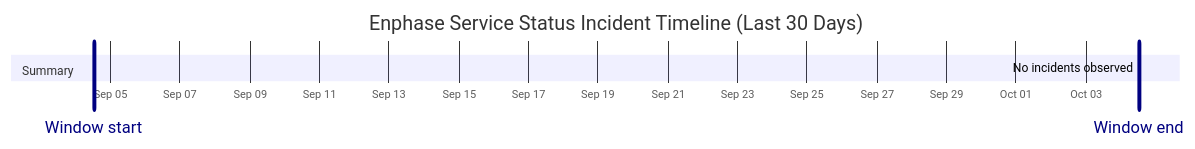
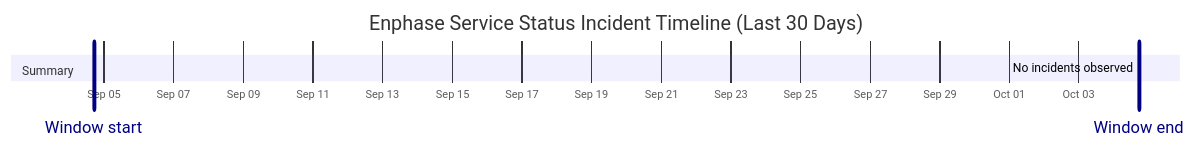
The diagram in wiki/Service-Status-History.md (barneyonline/ha-enphase-energy), drawn with Mermaid before and after one commit. The commit also changed other lines of this file and 3 other files, not shown here.

````diff
--- a/wiki/Service-Status-History.md
+++ b/wiki/Service-Status-History.md
@@ -14,10 +14,10 @@
 ```mermaid
 gantt
     title Enphase Service Status Incident Timeline (Last 30 Days)
     dateFormat  YYYY-MM-DDTHH:mm:ss
     axisFormat  %b %d
-    Window start :vert, window-start, 2026-09-04T12:43:52, 0ms
-    Window end :vert, window-end, 2026-10-04T12:43:52, 0ms
+    Window start :vert, window-start, 2026-09-04T17:17:30, 0ms
+    Window end :vert, window-end, 2026-10-04T17:17:30, 0ms
     section Summary
-    No incidents observed :done, 2026-10-04T12:43:52, 1m
+    No incidents observed :done, 2026-10-04T17:17:30, 1m
 ```
````
